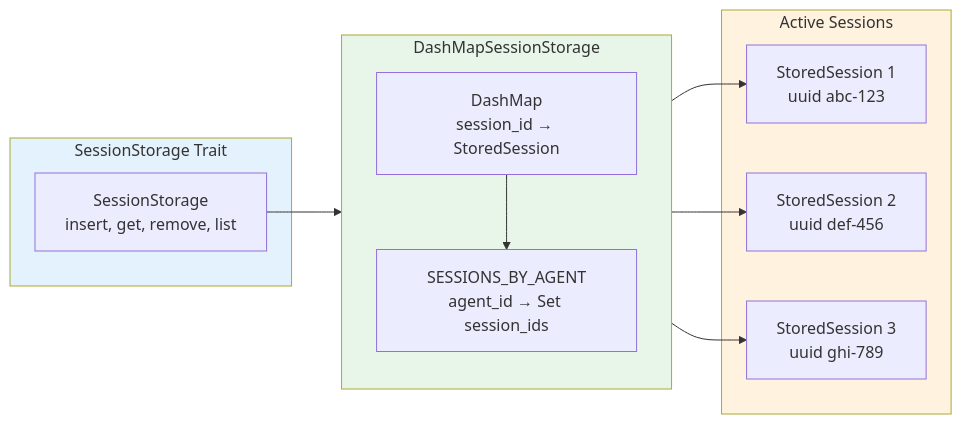
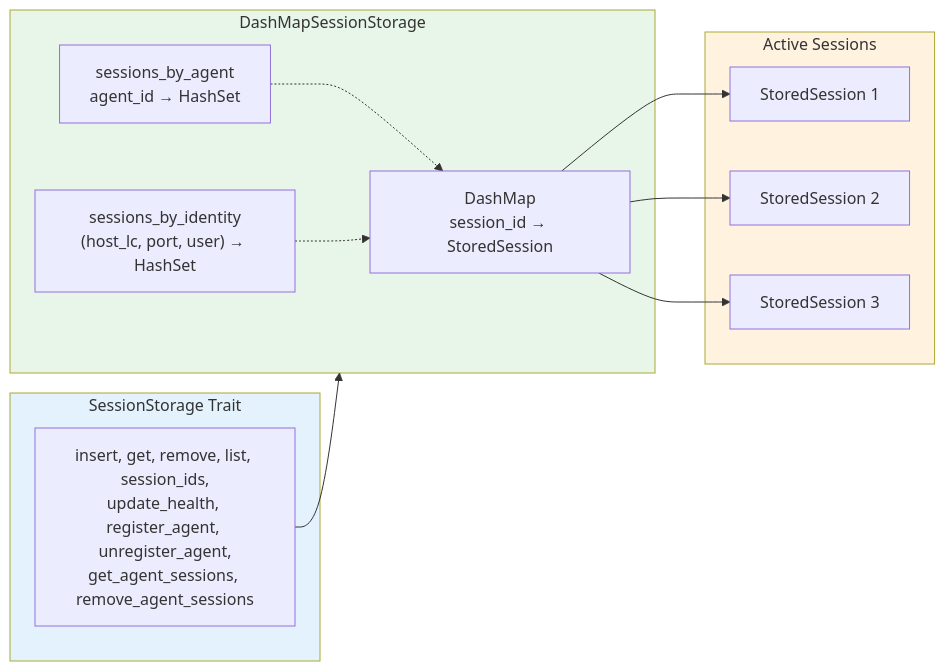
The fifth of 11 diagrams in docs/ARCHITECTURE.md (farchanjo/ssh-mcp), drawn with Mermaid before and after one commit. The commit also changed other lines of this file and 5 other files, not shown here.

````diff
--- a/docs/ARCHITECTURE.md
+++ b/docs/ARCHITECTURE.md
@@ -639,29 +481,29 @@
 ```mermaid
 flowchart LR
     subgraph Abstraction["SessionStorage Trait"]
-        Trait["SessionStorage<br/>insert, get, remove, list"]
+        Trait["insert, get, remove, list, session_ids,<br/>update_health, register_agent, unregister_agent,<br/>get_agent_sessions, remove_agent_sessions"]
     end
 
     subgraph Implementation["DashMapSessionStorage"]
-        direction TB
         Primary["DashMap<br/>session_id → StoredSession"]
-        Secondary["SESSIONS_BY_AGENT<br/>agent_id → Set session_ids"]
-
-        Primary --> Secondary
+        SecAgent["sessions_by_agent<br/>agent_id → HashSet<session_id>"]
+        SecIdent["sessions_by_identity<br/>(host_lc, port, user) → HashSet<session_id>"]
     end
 
     subgraph Sessions["Active Sessions"]
-        S1["StoredSession 1<br/>uuid abc-123"]
-        S2["StoredSession 2<br/>uuid def-456"]
-        S3["StoredSession 3<br/>uuid ghi-789"]
+        S1["StoredSession 1"]
+        S2["StoredSession 2"]
+        S3["StoredSession 3"]
     end
 
     Trait --> Implementation
     Primary --> S1
     Primary --> S2
     Primary --> S3
+    SecAgent -.-> Primary
+    SecIdent -.-> Primary
 
     style Abstraction fill:#e3f2fd
     style Implementation fill:#e8f5e9
     style Sessions fill:#fff3e0
 ```
````
